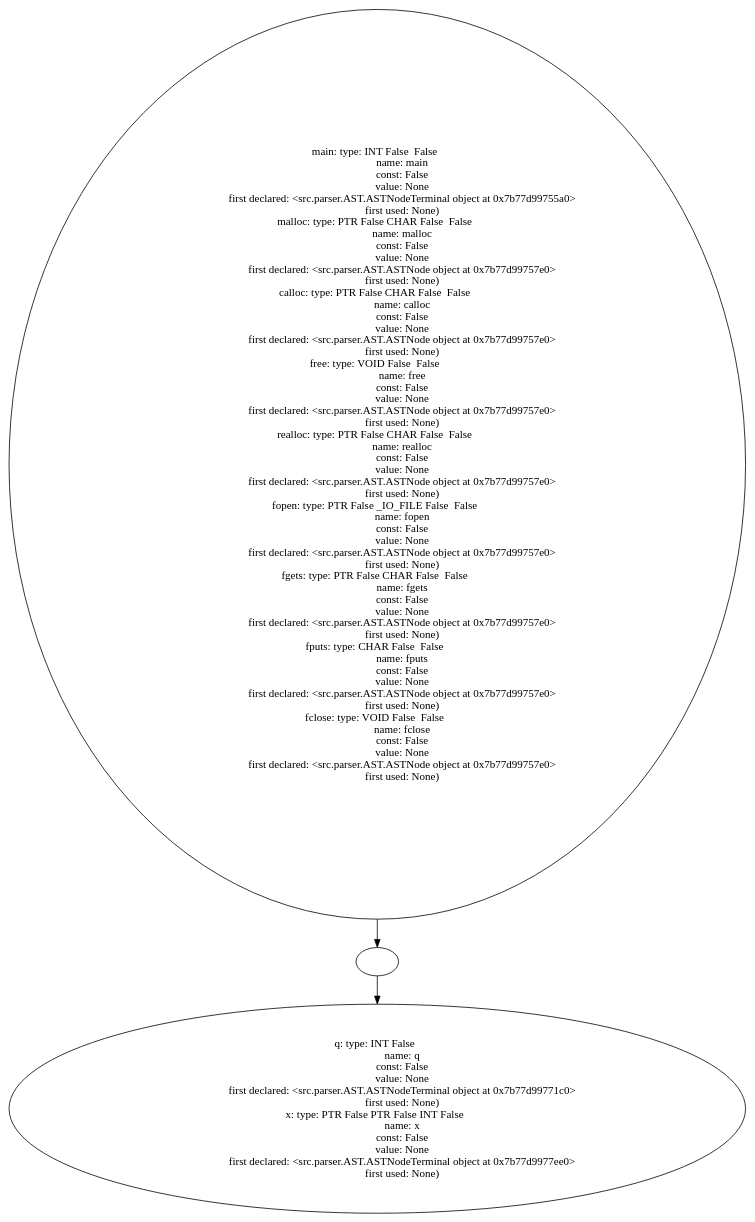
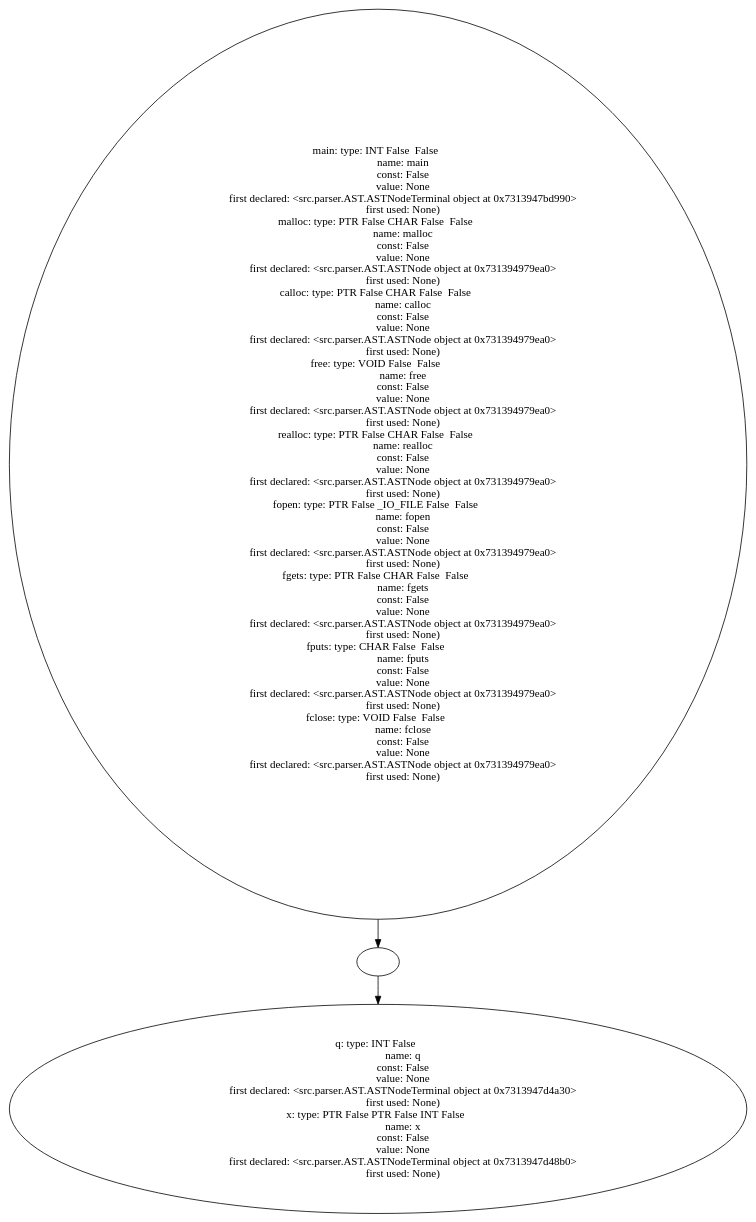
One commit to Are-you-listening/Compilers changed the diagram in example_source_files/41_operations_on_array_elements/41_operations_on_array_elements_table.dot. Above: the diagram before and after it, drawn with Graphviz. The commit also changed 224 other files, not shown here.

```diff
--- a/example_source_files/41_operations_on_array_elements/41_operations_on_array_elements_table.dot
+++ b/example_source_files/41_operations_on_array_elements/41_operations_on_array_elements_table.dot
@@ -1,71 +1,71 @@
 digraph AST {
-  "135754681898448" [label="main: type: INT False  False  
+  "126527932815040" [label="main: type: INT False  False  
                    name: main
                    const: False
                    value: None
-                   first declared: <src.parser.AST.ASTNodeTerminal object at 0x7b77d99755a0>
+                   first declared: <src.parser.AST.ASTNodeTerminal object at 0x7313947bd990>
                    first used: None)
 malloc: type: PTR False CHAR False  False  
                    name: malloc
                    const: False
                    value: None
-                   first declared: <src.parser.AST.ASTNode object at 0x7b77d99757e0>
+                   first declared: <src.parser.AST.ASTNode object at 0x731394979ea0>
                    first used: None)
 calloc: type: PTR False CHAR False  False  
                    name: calloc
                    const: False
                    value: None
-                   first declared: <src.parser.AST.ASTNode object at 0x7b77d99757e0>
+                   first declared: <src.parser.AST.ASTNode object at 0x731394979ea0>
                    first used: None)
 free: type: VOID False  False  
                    name: free
                    const: False
                    value: None
-                   first declared: <src.parser.AST.ASTNode object at 0x7b77d99757e0>
+                   first declared: <src.parser.AST.ASTNode object at 0x731394979ea0>
                    first used: None)
 realloc: type: PTR False CHAR False  False  
                    name: realloc
                    const: False
                    value: None
-                   first declared: <src.parser.AST.ASTNode object at 0x7b77d99757e0>
+                   first declared: <src.parser.AST.ASTNode object at 0x731394979ea0>
                    first used: None)
 fopen: type: PTR False _IO_FILE False  False  
                    name: fopen
                    const: False
                    value: None
-                   first declared: <src.parser.AST.ASTNode object at 0x7b77d99757e0>
+                   first declared: <src.parser.AST.ASTNode object at 0x731394979ea0>
                    first used: None)
 fgets: type: PTR False CHAR False  False  
                    name: fgets
                    const: False
                    value: None
-                   first declared: <src.parser.AST.ASTNode object at 0x7b77d99757e0>
+                   first declared: <src.parser.AST.ASTNode object at 0x731394979ea0>
                    first used: None)
 fputs: type: CHAR False  False  
                    name: fputs
                    const: False
                    value: None
-                   first declared: <src.parser.AST.ASTNode object at 0x7b77d99757e0>
+                   first declared: <src.parser.AST.ASTNode object at 0x731394979ea0>
                    first used: None)
 fclose: type: VOID False  False  
                    name: fclose
                    const: False
                    value: None
-                   first declared: <src.parser.AST.ASTNode object at 0x7b77d99757e0>
+                   first declared: <src.parser.AST.ASTNode object at 0x731394979ea0>
                    first used: None)"];
-  "135754681898448" -> "135754681894896";
-  "135754681894896" [label=""];
-  "135754681894896" -> "135754681895136";
-  "135754681895136" [label="q: type: INT False  
+  "126527932815040" -> "126527932814896";
+  "126527932814896" [label=""];
+  "126527932814896" -> "126527932817776";
+  "126527932817776" [label="q: type: INT False  
                    name: q
                    const: False
                    value: None
-                   first declared: <src.parser.AST.ASTNodeTerminal object at 0x7b77d99771c0>
+                   first declared: <src.parser.AST.ASTNodeTerminal object at 0x7313947d4a30>
                    first used: None)
 x: type: PTR False PTR False INT False  
                    name: x
                    const: False
                    value: None
-                   first declared: <src.parser.AST.ASTNodeTerminal object at 0x7b77d9977ee0>
+                   first declared: <src.parser.AST.ASTNodeTerminal object at 0x7313947d48b0>
                    first used: None)"];
 }
```
